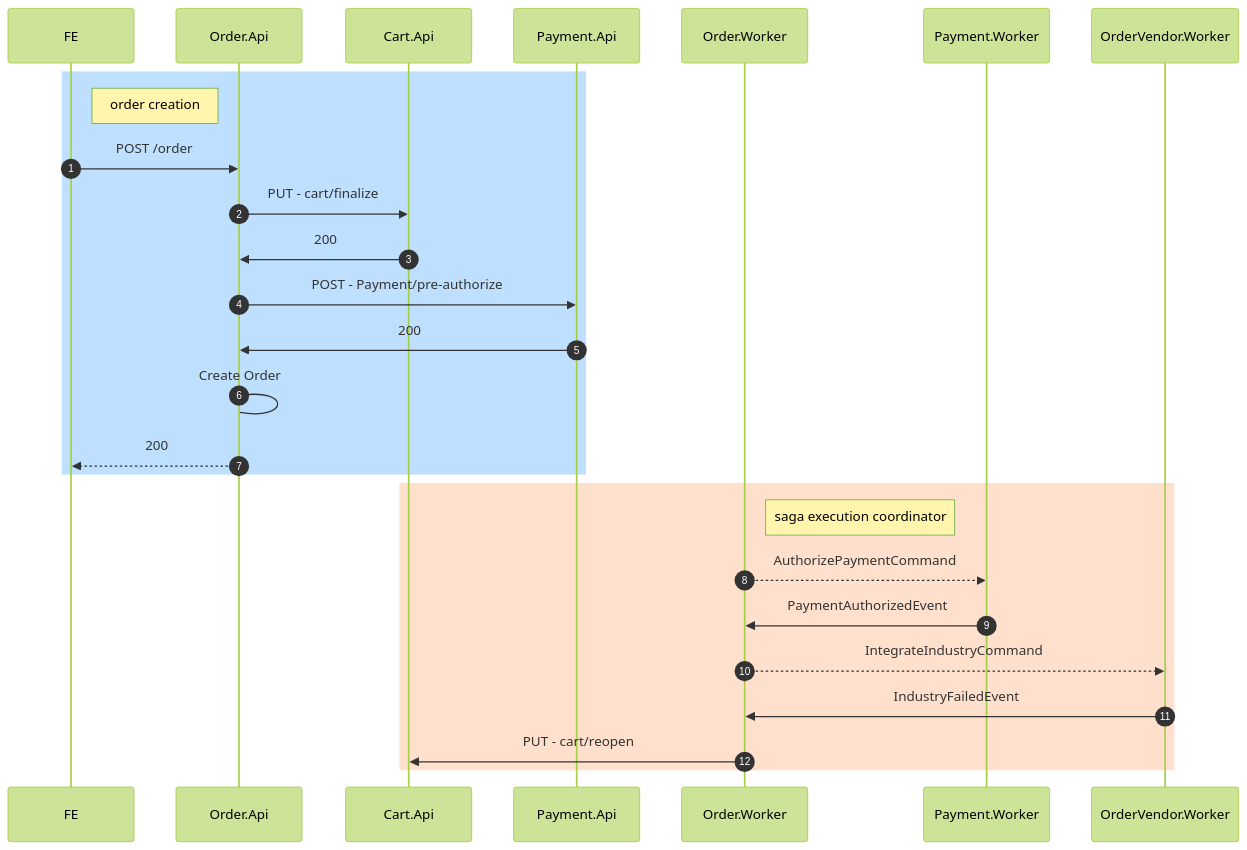
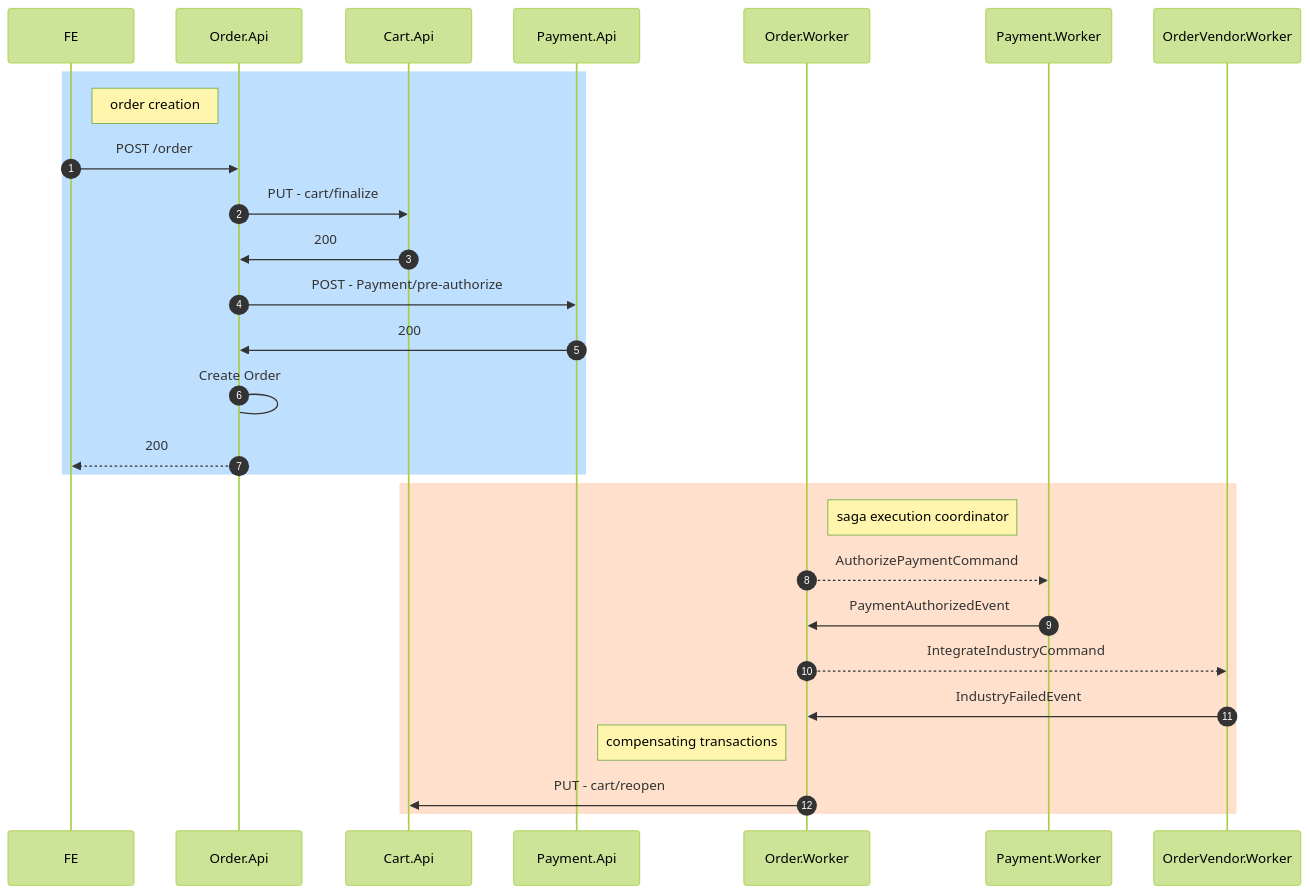
The second of 2 diagrams in README.md (isaacnborges/saga-example), drawn with Mermaid before and after one commit.

Commit message:
update saga workflow diagram

````diff
--- a/README.md
+++ b/README.md
@@ -84,33 +84,34 @@
 ```mermaid
 %%{init: {'theme':'forest'}}%%
 
 sequenceDiagram
   participant FE
   participant Order.Api
   participant Cart.Api
   participant Payment.Api
   participant Order.Worker
   participant Payment.Worker
   participant OrderVendor.Worker
   autonumber
 
   rect rgb(191, 223, 255)
     note right of FE: order creation
     FE->>Order.Api: POST /order
     Order.Api->>Cart.Api: PUT - cart/finalize
     Cart.Api->>Order.Api: 200
     Order.Api->>Payment.Api: POST - Payment/pre-authorize
     Payment.Api->>Order.Api: 200
     Order.Api->Order.Api: Create Order
     Order.Api-->>FE: 200
   end  
   
   rect rgb(255, 224, 204)
     note right of Order.Worker: saga execution coordinator
     Order.Worker-->>Payment.Worker: AuthorizePaymentCommand
     Payment.Worker->>Order.Worker: PaymentAuthorizedEvent
     Order.Worker-->>OrderVendor.Worker: IntegrateIndustryCommand
     OrderVendor.Worker->>Order.Worker: IndustryFailedEvent
+    note right of Payment.Api: compensating transactions
     Order.Worker->>Cart.Api: PUT - cart/reopen
   end
 ```
````
